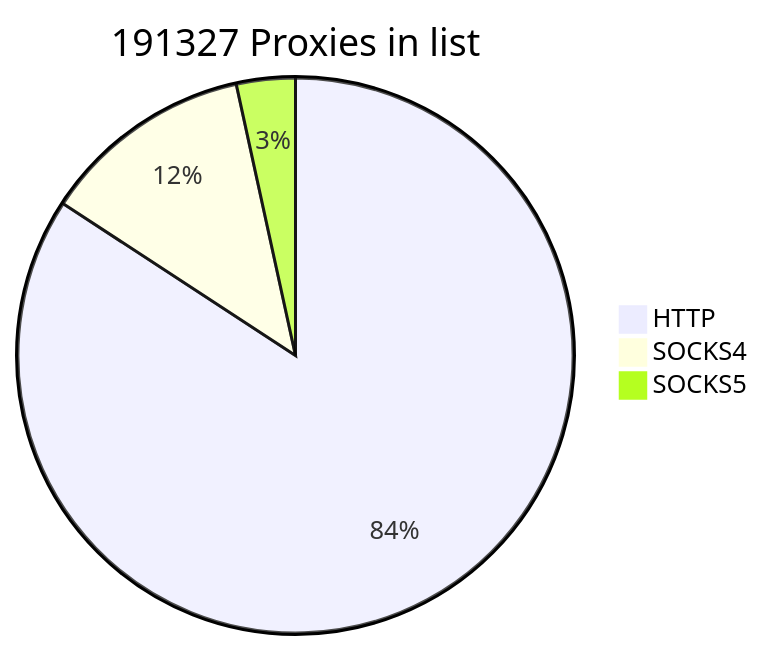
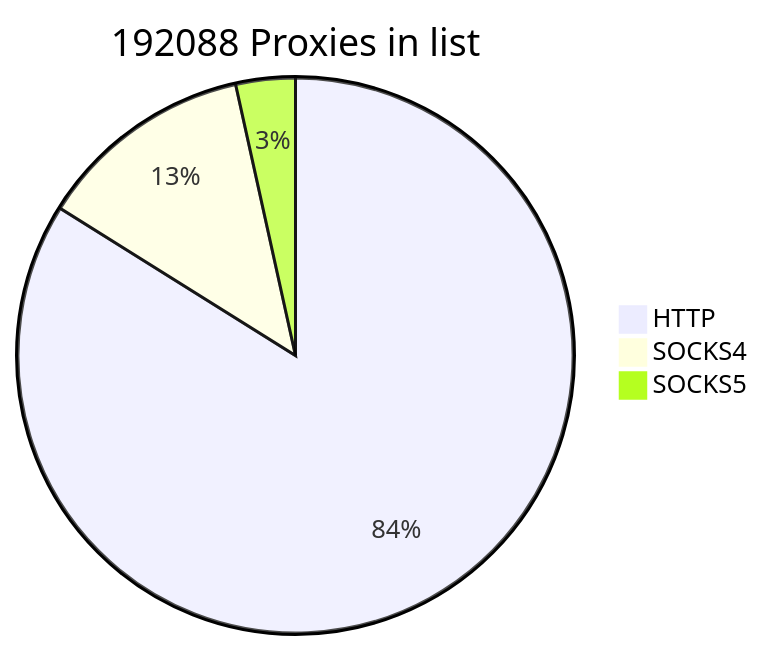
One commit to cutipu/proxylist changed the first of 2 diagrams in README.md. Above: the diagram before and after it, drawn with Mermaid. The commit also changed other lines of this file, not shown here.

````diff
--- a/README.md
+++ b/README.md
@@ -2,7 +2,7 @@
 ```mermaid
-pie title 191327 Proxies in list
-    "HTTP" : 161125
-    "SOCKS4" : 23654
-    "SOCKS5" : 6548
+pie title 192088 Proxies in list
+    "HTTP" : 161152
+    "SOCKS4" : 24291
+    "SOCKS5" : 6645
             
 ```
````
